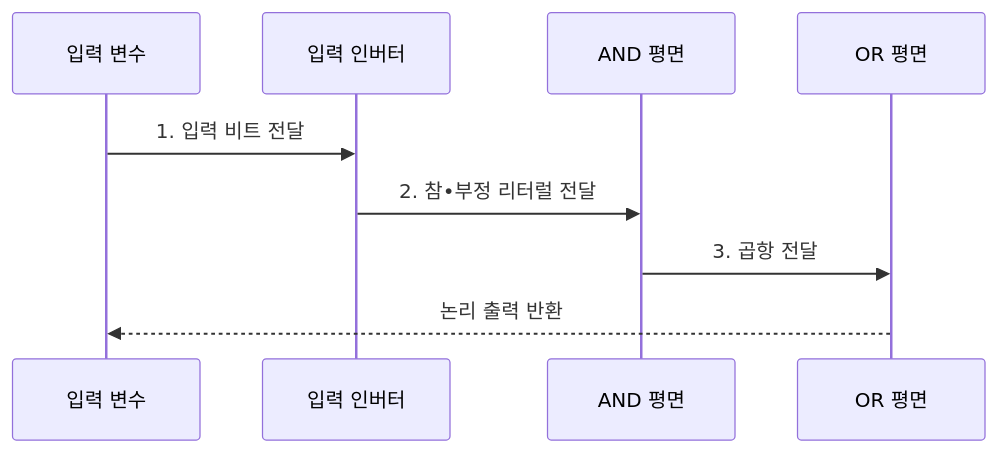
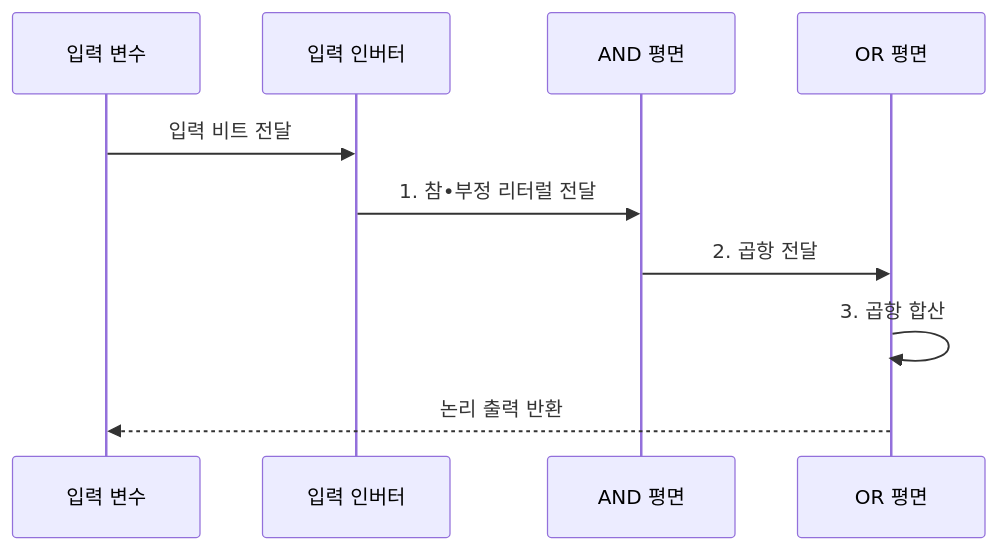
One commit to agnusdei1207/knowledge-base changed the second of 2 diagrams in src/content/docs/notes/01-basic-theory/025_logic_gates_boolean.md. Above: the diagram before and after it, drawn with Mermaid. The commit also changed other lines of this file and 12 other files, not shown here.

````diff
--- a/src/content/docs/notes/01-basic-theory/025_logic_gates_boolean.md
+++ b/src/content/docs/notes/01-basic-theory/025_logic_gates_boolean.md
@@ -101,11 +101,12 @@
 ```mermaid
 sequenceDiagram
     participant V as 입력 변수
     participant I as 입력 인버터
     participant A as AND 평면
     participant O as OR 평면
-    V->>I: 1. 입력 비트 전달
-    I->>A: 2. 참•부정 리터럴 전달
-    A->>O: 3. 곱항 전달
+    V->>I: 입력 비트 전달
+    I->>A: 1. 참•부정 리터럴 전달
+    A->>O: 2. 곱항 전달
+    O->>O: 3. 곱항 합산
     O-->>V: 논리 출력 반환
 ```
````
